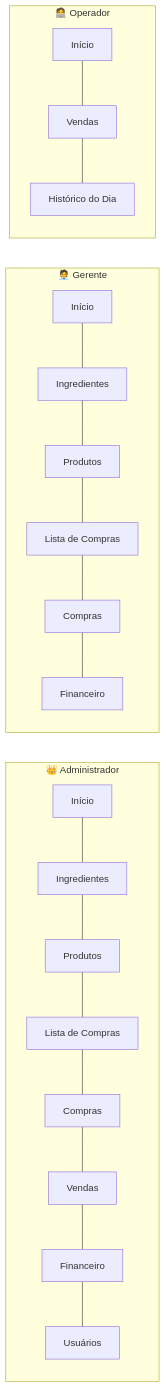
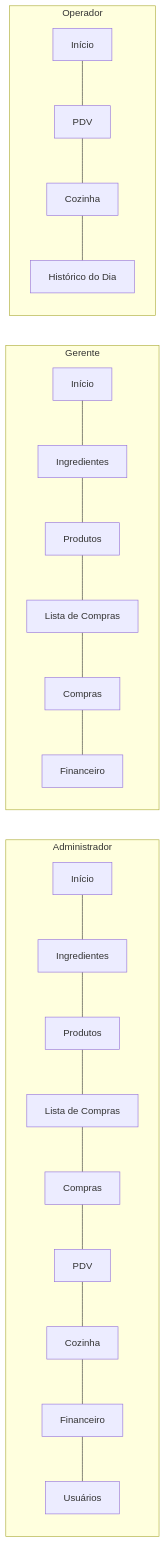
Before and after one commit to WilsonLucas/gestao_comercial: the third of 6 diagrams in README.md, drawn with Mermaid. The commit also changed other lines of this file and 1 other file, not shown here.

First line of the commit message:
docs: atualiza toda documentação — Cozinha, RPCs v2, segurança e perfis corretos

````diff
--- a/README.md
+++ b/README.md
@@ -100,28 +112,30 @@
 ```mermaid
 graph LR
-    subgraph ADM["👑 Administrador"]
+    subgraph ADM["Administrador"]
         direction TB
         a1[Início] --- a2[Ingredientes]
         a2 --- a3[Produtos]
         a3 --- a4[Lista de Compras]
         a4 --- a5[Compras]
-        a5 --- a6[Vendas]
-        a6 --- a7[Financeiro]
-        a7 --- a8[Usuários]
+        a5 --- a6[PDV]
+        a6 --- a7[Cozinha]
+        a7 --- a8[Financeiro]
+        a8 --- a9[Usuários]
     end
 
-    subgraph GER["🧑‍💼 Gerente"]
+    subgraph GER["Gerente"]
         direction TB
         g1[Início] --- g2[Ingredientes]
         g2 --- g3[Produtos]
         g3 --- g4[Lista de Compras]
         g4 --- g5[Compras]
         g5 --- g6[Financeiro]
     end
 
-    subgraph OPE["🧑‍💻 Operador"]
+    subgraph OPE["Operador"]
         direction TB
-        o1[Início] --- o2[Vendas]
-        o2 --- o3[Histórico do Dia]
+        o1[Início] --- o2[PDV]
+        o2 --- o3[Cozinha]
+        o3 --- o4[Histórico do Dia]
     end
 ```
````
